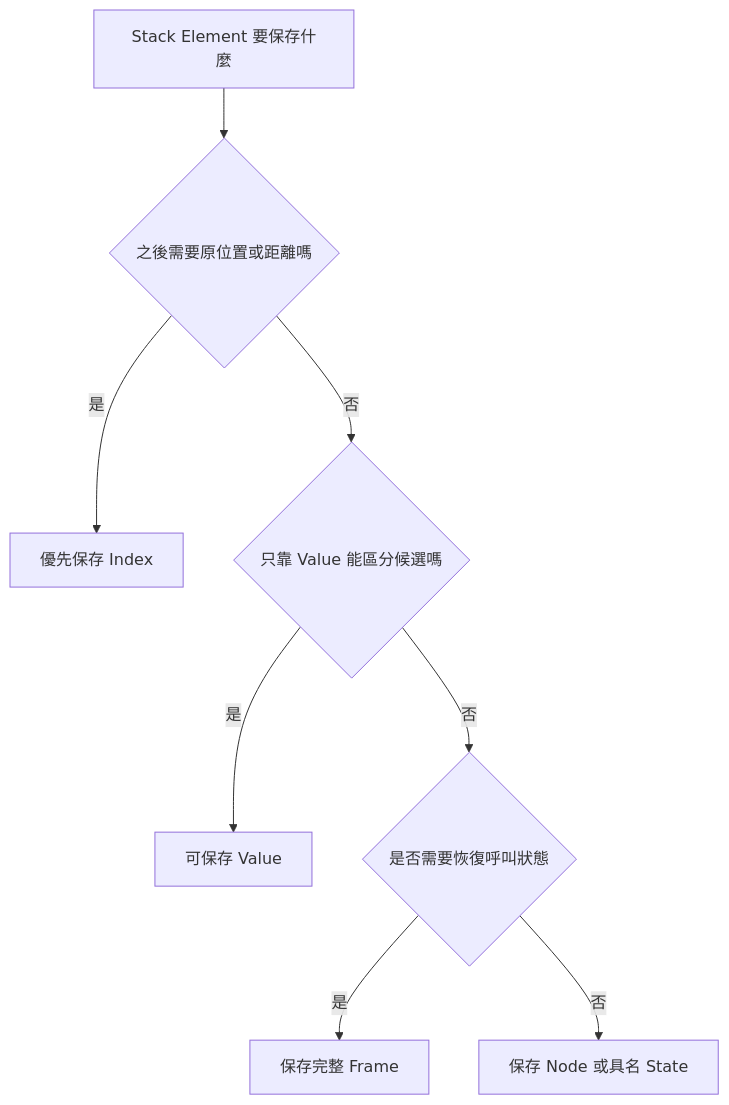
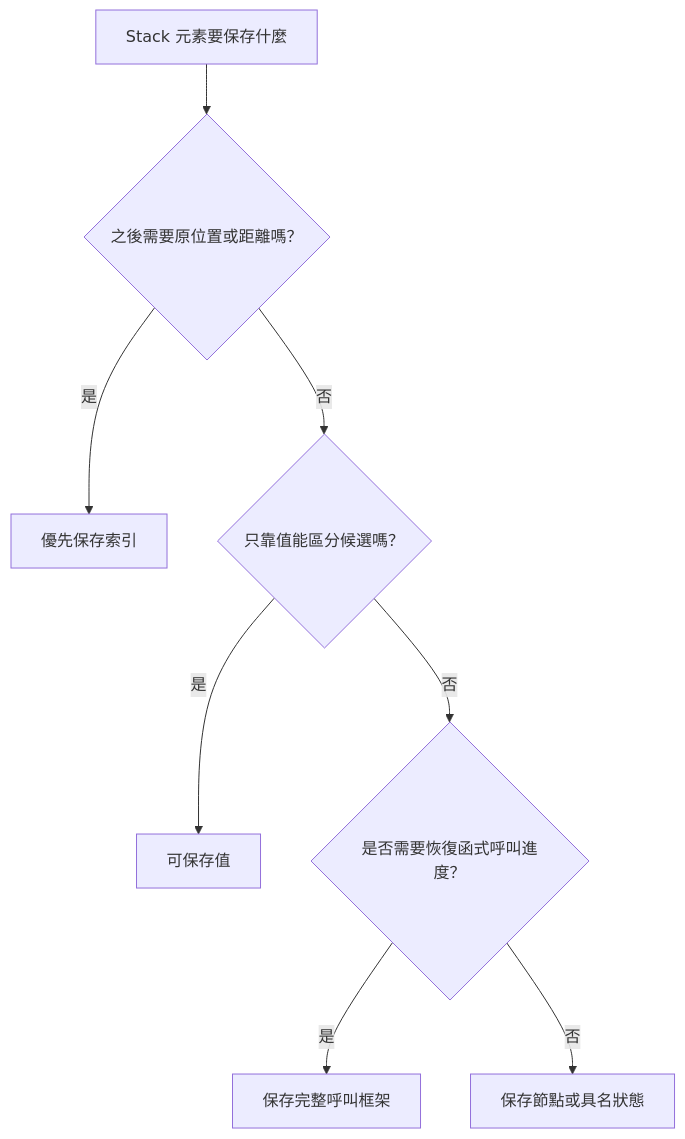
Before and after one commit to davidchen0970/algorithm_note: the third of 16 diagrams in 02_data_structures/08_stack.md, drawn with Mermaid. The commit also changed other lines of this file and 2 other files, not shown here.

````diff
--- a/02_data_structures/08_stack.md
+++ b/02_data_structures/08_stack.md
@@ -210,10 +236,10 @@
 ```mermaid
 flowchart TD
-    A[Stack Element 要保存什麼] --> B{之後需要原位置或距離嗎}
-    B -->|是| C[優先保存 Index]
-    B -->|否| D{只靠 Value 能區分候選嗎}
-    D -->|是| E[可保存 Value]
-    D -->|否| F{是否需要恢復呼叫狀態}
-    F -->|是| G[保存完整 Frame]
-    F -->|否| H[保存 Node 或具名 State]
+    A["Stack 元素要保存什麼"] --> B{"之後需要原位置或距離嗎？"}
+    B -->|是| C["優先保存索引"]
+    B -->|否| D{"只靠值能區分候選嗎？"}
+    D -->|是| E["可保存值"]
+    D -->|否| F{"是否需要恢復函式呼叫進度？"}
+    F -->|是| G["保存完整呼叫框架"]
+    F -->|否| H["保存節點或具名狀態"]
 ```
````
